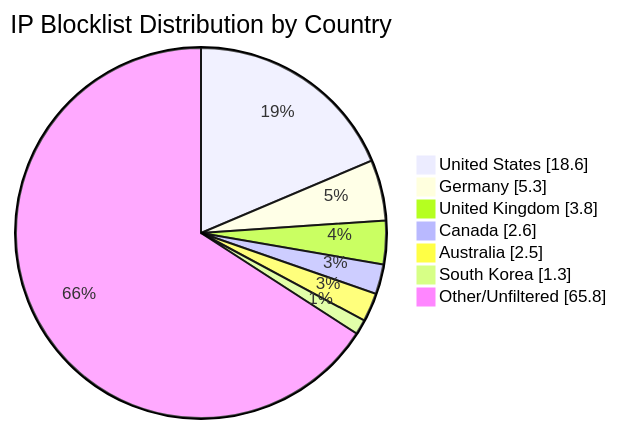
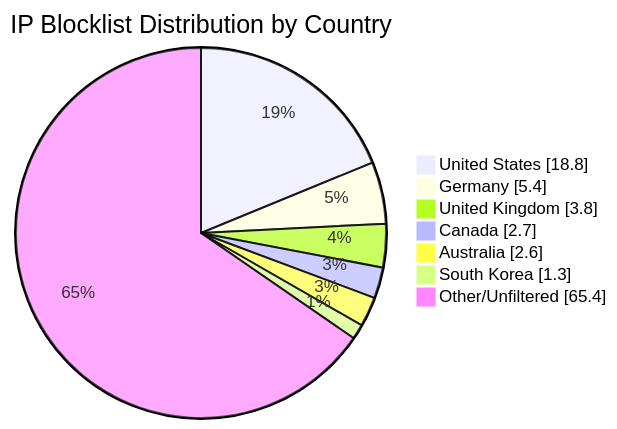
The diagram in README.md (MarcusHoltz/ipblocklist-geofiltered-aggregator), drawn with Mermaid before and after one commit. The commit also changed other lines of this file and 9 other files, not shown here.

````diff
--- a/README.md
+++ b/README.md
@@ -34,10 +34,10 @@
 ```mermaid
 pie showData title IP Blocklist Distribution by Country
-"United States" : 18.6
-"Germany" : 5.3
+"United States" : 18.8
+"Germany" : 5.4
 "United Kingdom" : 3.8
-"Canada" : 2.6
-"Australia" : 2.5
+"Canada" : 2.7
+"Australia" : 2.6
 "South Korea" : 1.3
-"Other/Unfiltered" : 65.8
+"Other/Unfiltered" : 65.4
 ```
````
